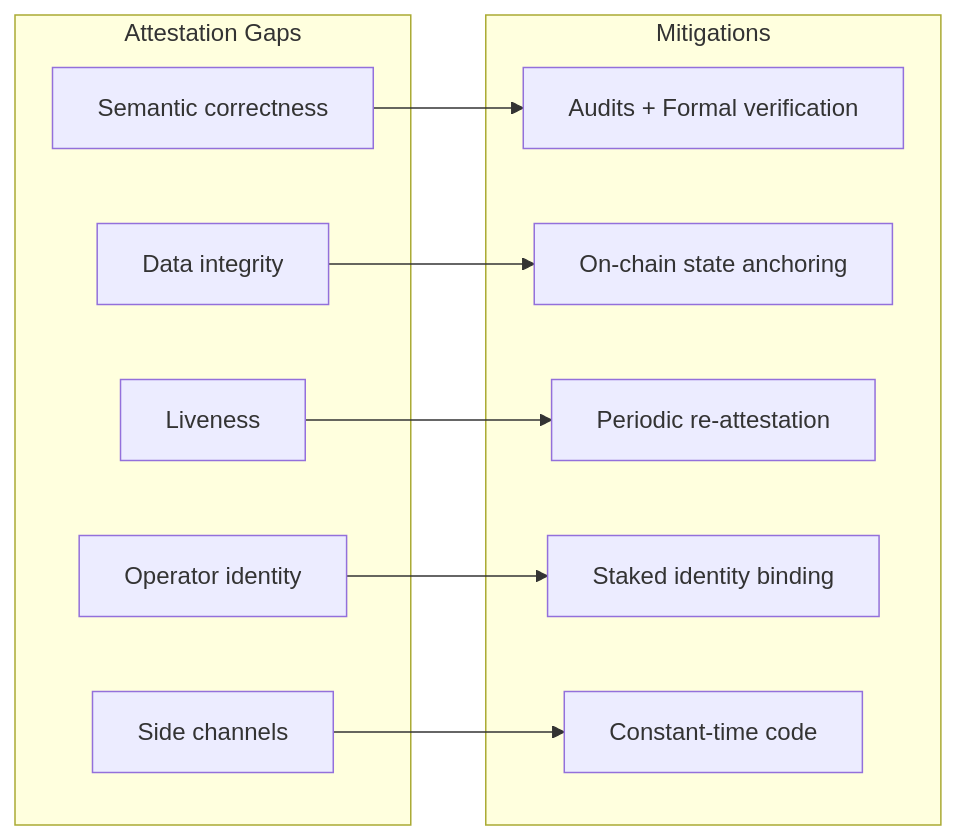
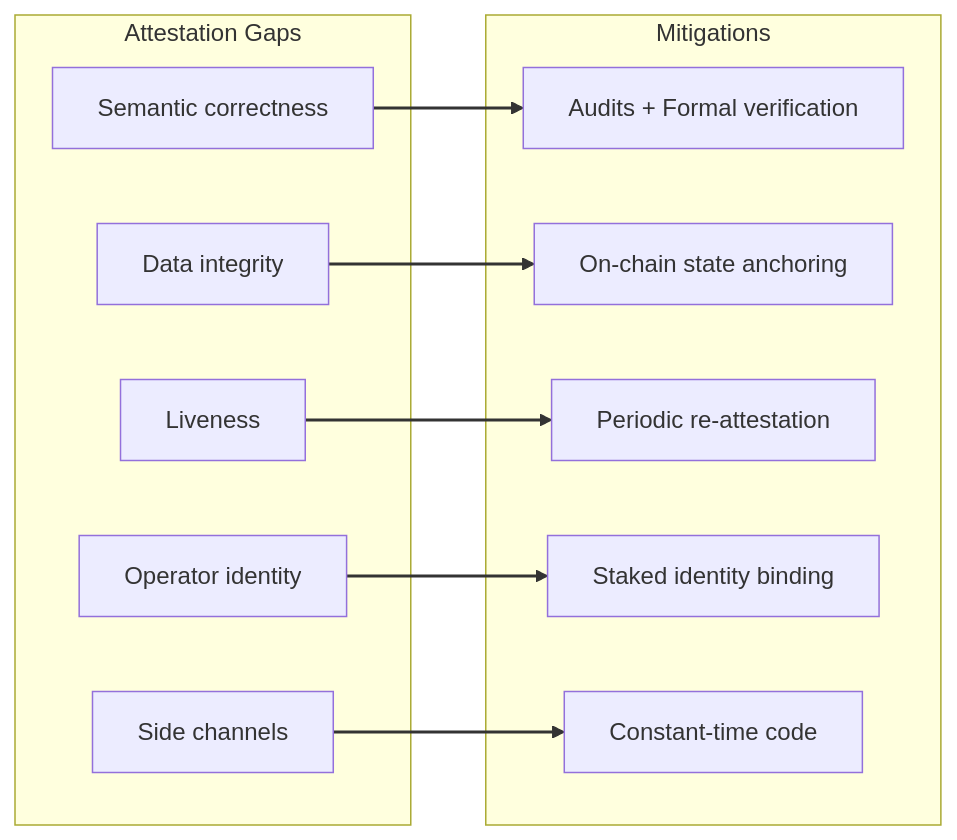
The seventh of 9 diagrams in posts/02-tee-attestation-model.md (V-k-h/roots-of-trust), drawn with Mermaid before and after one commit. The commit also changed other lines of this file, not shown here.

````diff
--- a/posts/02-tee-attestation-model.md
+++ b/posts/02-tee-attestation-model.md
@@ -322,24 +356,26 @@
 ```mermaid
 flowchart LR
     subgraph Gaps["Attestation Gaps"]
         G1[Semantic correctness]
         G2[Data integrity]
         G3[Liveness]
         G4[Operator identity]
         G5[Side channels]
     end
     
     subgraph Mitigations["Mitigations"]
         M1[Audits + Formal verification]
         M2[On-chain state anchoring]
         M3[Periodic re-attestation]
         M4[Staked identity binding]
         M5[Constant-time code]
     end
     
     G1 --> M1
     G2 --> M2
     G3 --> M3
     G4 --> M4
     G5 --> M5
+    
+    linkStyle default stroke:#333,stroke-width:2px
 ```
````
